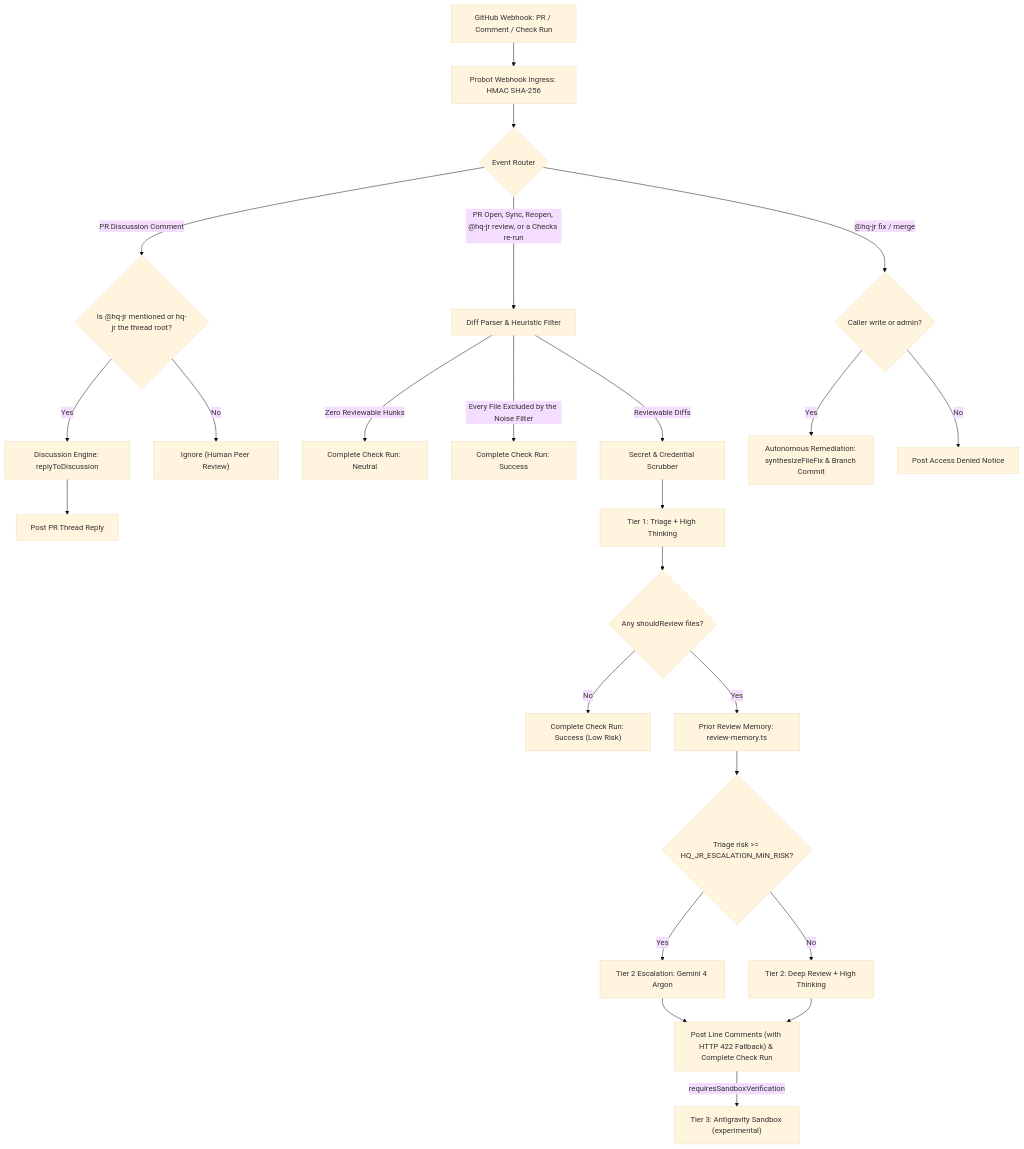
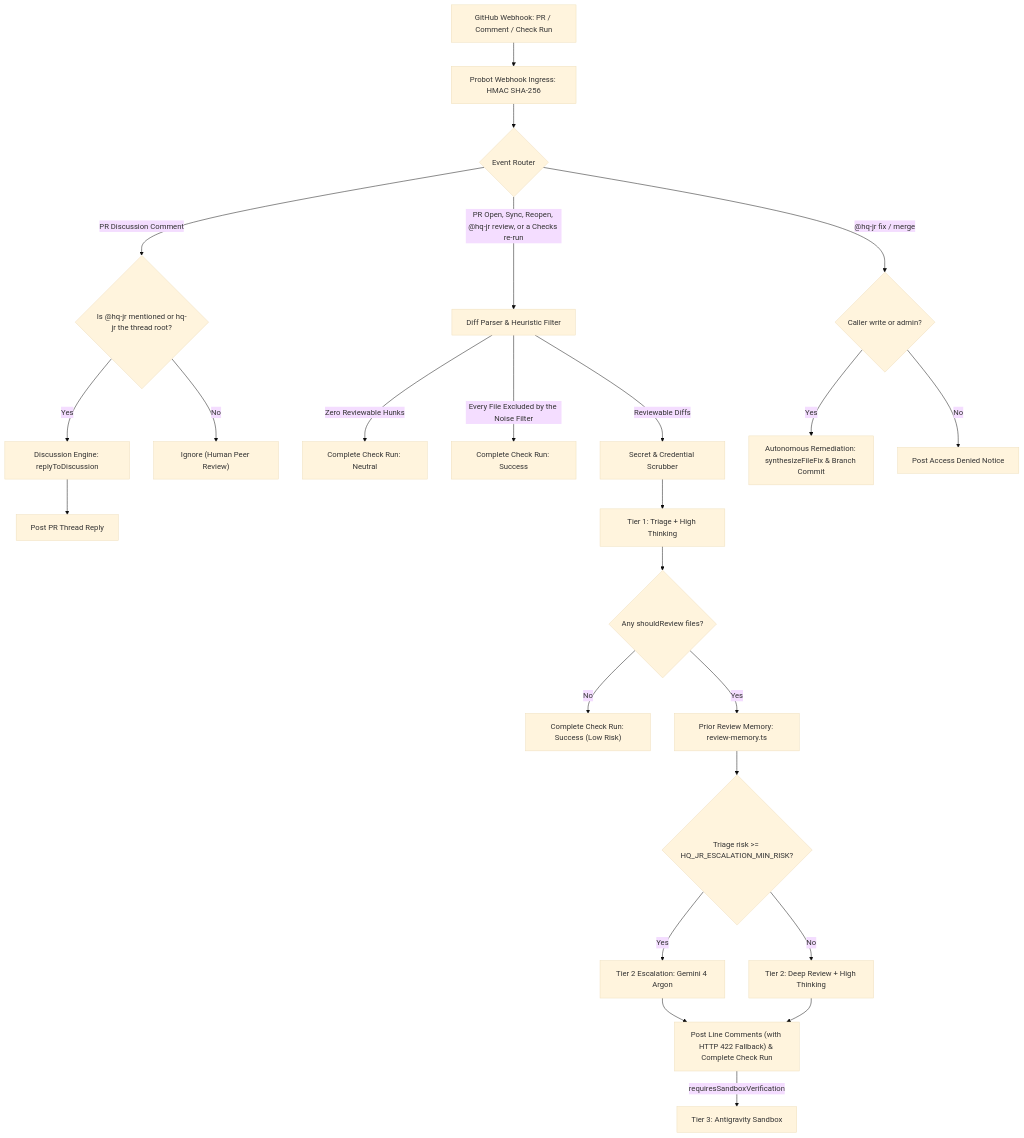
The diagram in README.md (adi-IL/hq-jr), drawn with Mermaid (base theme) before and after one commit. The commit also changed other lines of this file and 9 other files, not shown here.

````diff
--- a/README.md
+++ b/README.md
@@ -51,31 +55,31 @@
 ```mermaid
 flowchart TD
     PR["GitHub Webhook: PR / Comment / Check Run"] --> Ingress["Probot Webhook Ingress: HMAC SHA-256"]
     Ingress --> Route{"Event Router"}
     
     Route -->|"PR Discussion Comment"| AntiHijack{"Is @hq-jr mentioned or hq-jr the thread root?"}
     AntiHijack -->|"Yes"| Disc["Discussion Engine: replyToDiscussion"]
     Disc --> PostReply["Post PR Thread Reply"]
     AntiHijack -->|"No"| Ignore["Ignore (Human Peer Review)"]
     
     Route -->|"PR Open, Sync, Reopen, @hq-jr review, or a Checks re-run"| Filter["Diff Parser & Heuristic Filter"]
     Filter -->|"Zero Reviewable Hunks"| FastPass["Complete Check Run: Neutral"]
     Filter -->|"Every File Excluded by the Noise Filter"| ExcludedPass["Complete Check Run: Success"]
     Filter -->|"Reviewable Diffs"| Scrubber["Secret & Credential Scrubber"]
     Scrubber --> Tier1["Tier 1: Triage + High Thinking"]
     
     Tier1 --> TriageDecision{"Any shouldReview files?"}
     TriageDecision -->|"No"| LowRiskExit["Complete Check Run: Success (Low Risk)"]
     TriageDecision -->|"Yes"| Memory["Prior Review Memory: review-memory.ts"]
     Memory --> Gate{"Triage risk >= HQ_JR_ESCALATION_MIN_RISK?"}
     Gate -->|"Yes"| Argon["Tier 2 Escalation: Gemini 4 Argon"]
     Gate -->|"No"| Tier2["Tier 2: Deep Review + High Thinking"]
     
     Argon --> Output["Post Line Comments (with HTTP 422 Fallback) & Complete Check Run"]
     Tier2 --> Output
-    Output -->|"requiresSandboxVerification"| Tier3["Tier 3: Antigravity Sandbox (experimental)"]
+    Output -->|"requiresSandboxVerification"| Tier3["Tier 3: Antigravity Sandbox"]
     
     Route -->|"@hq-jr fix / merge"| RBAC{"Caller write or admin?"}
     RBAC -->|"Yes"| Remediate["Autonomous Remediation: synthesizeFileFix & Branch Commit"]
     RBAC -->|"No"| Deny["Post Access Denied Notice"]
 ```
````
